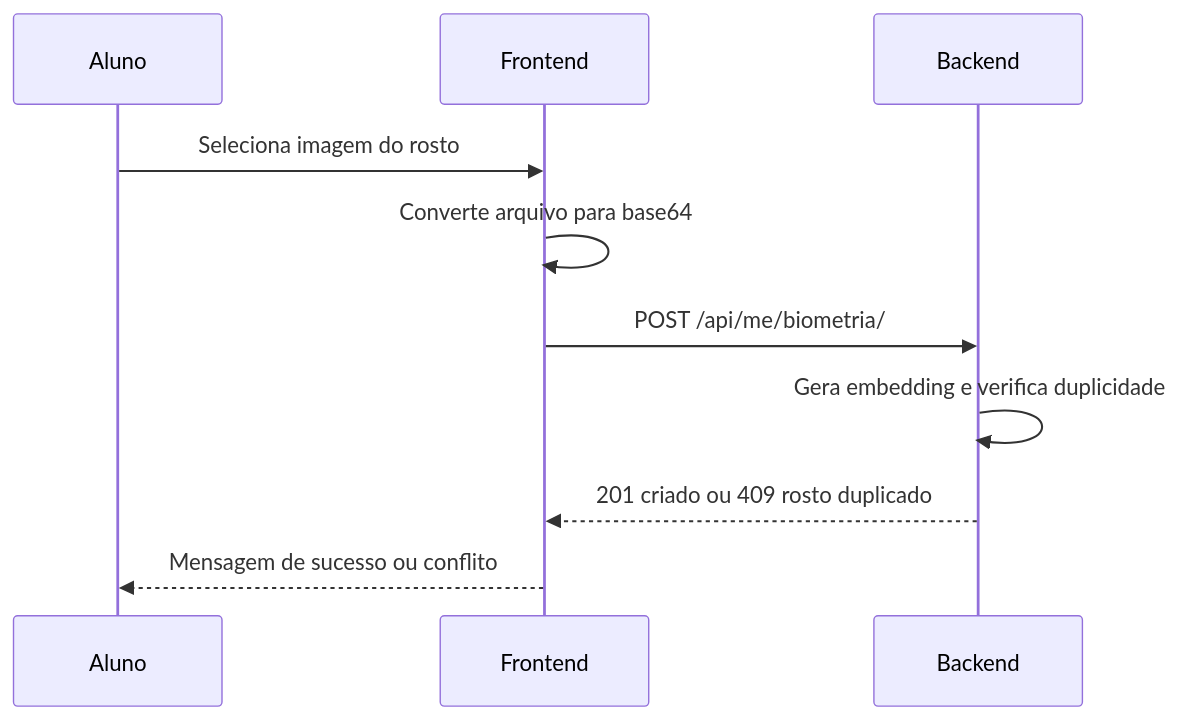
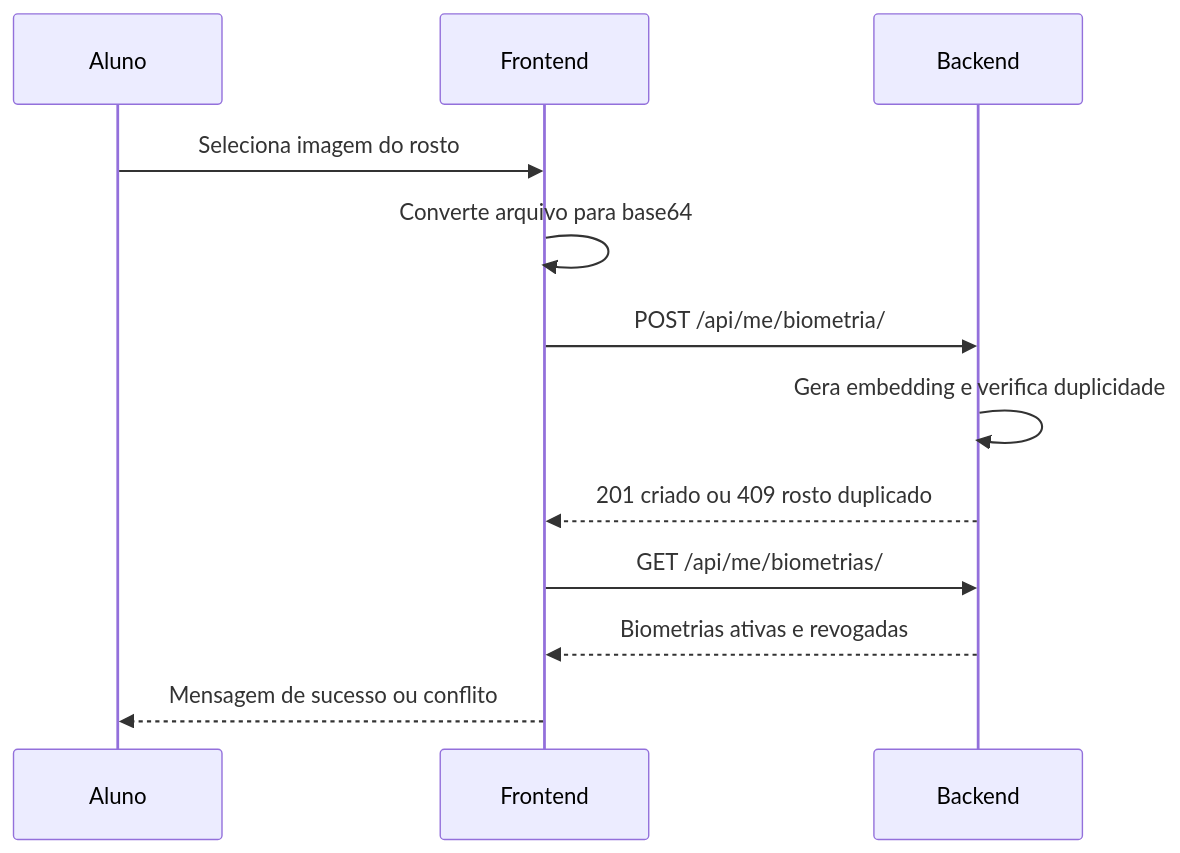
The fifth of 7 diagrams in autoponto-frontend/docs/diagramas-tcc.md (DanielKGM/autoponto), drawn with Mermaid before and after one commit. The commit also changed other lines of this file and 17 other files, not shown here.

First line of the commit message:
Refactor API documentation and frontend structure; update requirements and improve user flows

````diff
--- a/autoponto-frontend/docs/diagramas-tcc.md
+++ b/autoponto-frontend/docs/diagramas-tcc.md
@@ -81,13 +91,15 @@
 ```mermaid
 sequenceDiagram
     participant Aluno as Aluno
     participant Front as Frontend
     participant API as Backend
 
     Aluno->>Front: Seleciona imagem do rosto
     Front->>Front: Converte arquivo para base64
     Front->>API: POST /api/me/biometria/
     API->>API: Gera embedding e verifica duplicidade
     API-->>Front: 201 criado ou 409 rosto duplicado
+    Front->>API: GET /api/me/biometrias/
+    API-->>Front: Biometrias ativas e revogadas
     Front-->>Aluno: Mensagem de sucesso ou conflito
 ```
````
